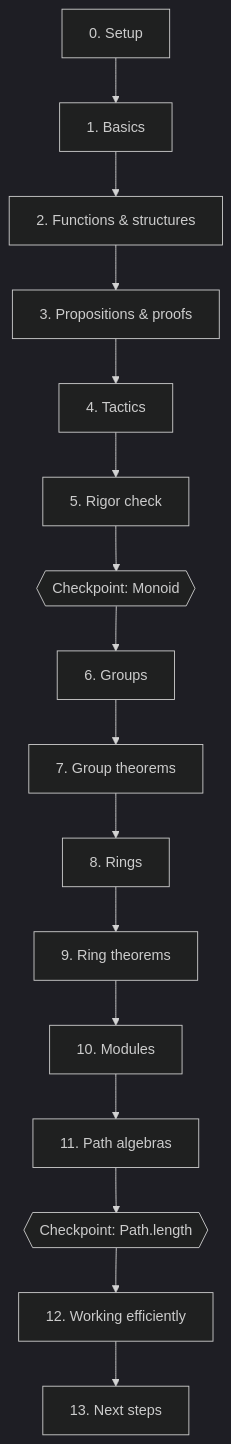
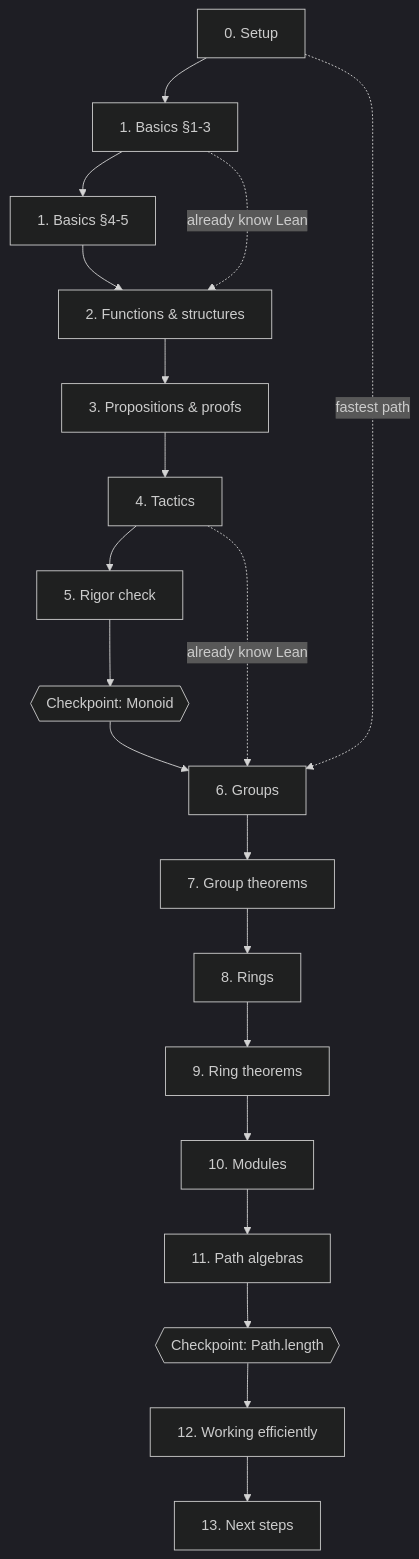
The diagram in lean_book/learning-paths.md (abderrahim-lectures/lean4-learning), drawn with Mermaid (dark theme) before and after one commit. The commit also changed other lines of this file and 20 other files, not shown here.

First line of the commit message:
Fix LaTeX table overflow, Python listing style, and learning-paths diagram

````diff
--- a/lean_book/learning-paths.md
+++ b/lean_book/learning-paths.md
@@ -14,18 +14,22 @@
 ```mermaid
 graph TD
-    C0["0. Setup"] --> C1["1. Basics"]
-    C1 --> C2["2. Functions & structures"]
+    C0["0. Setup"] --> C1a["1. Basics §1-3"]
+    C1a --> C1b["1. Basics §4-5"]
+    C1b --> C2["2. Functions & structures"]
     C2 --> C3["3. Propositions & proofs"]
     C3 --> C4["4. Tactics"]
     C4 --> C5["5. Rigor check"]
     C5 --> CP1{{"Checkpoint: Monoid"}}
     CP1 --> C6["6. Groups"]
     C6 --> C7["7. Group theorems"]
     C7 --> C8["8. Rings"]
     C8 --> C9["9. Ring theorems"]
     C9 --> C10["10. Modules"]
     C10 --> C11["11. Path algebras"]
     C11 --> CP2{{"Checkpoint: Path.length"}}
     CP2 --> C12["12. Working efficiently"]
     C12 --> C13["13. Next steps"]
+    C1a -.->|already know Lean| C2
+    C4 -.->|already know Lean| C6
+    C0 -.->|fastest path| C6
 ```
````
